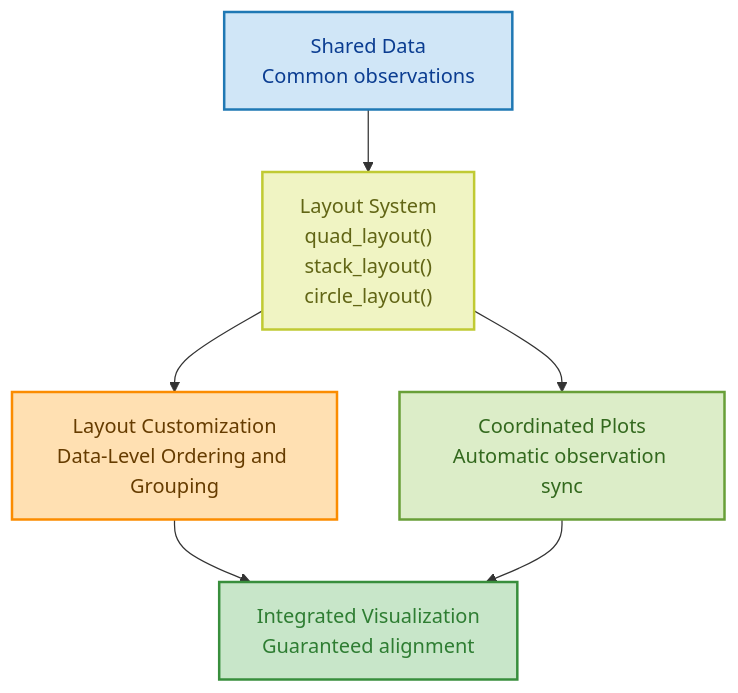
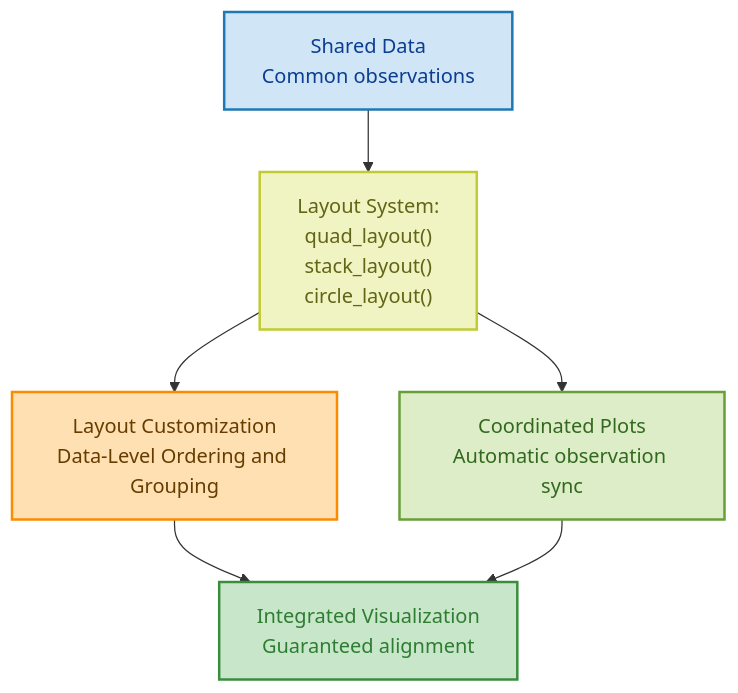
The second of 2 diagrams in introduction.qmd (Yunuuuu/ggalign-book), drawn with Mermaid before and after one commit.

Commit message:
refactor: better diagram style

````diff
--- a/introduction.qmd
+++ b/introduction.qmd
@@ -84,20 +84,20 @@
 ```{mermaid}
 graph TB
     SHARED["Shared Data<br/>Common observations"]
-    LAYOUT["Layout System<br/>quad_layout()<br/>stack_layout()<br/>circle_layout()"]
+    LAYOUT["Layout System:<br/>quad_layout()<br/>stack_layout()<br/>circle_layout()"]
     ALIGN["Layout Customization<br/>Data-Level Ordering and Grouping"]
     PLOTS["Coordinated Plots<br/>Automatic observation sync"]
     OUTPUT2["Integrated Visualization<br/>Guaranteed alignment"]
     
     SHARED --> LAYOUT
     LAYOUT --> ALIGN
     LAYOUT --> PLOTS
     ALIGN --> OUTPUT2
     PLOTS --> OUTPUT2
 
     style SHARED fill:#d0e6f7,stroke:#1f78b4,stroke-width:2px,color:#0b3d91
     style LAYOUT fill:#f0f4c3,stroke:#c0ca33,stroke-width:2px,color:#616515
     style ALIGN fill:#ffe0b2,stroke:#fb8c00,stroke-width:2px,color:#663c00
     style PLOTS fill:#dcedc8,stroke:#689f38,stroke-width:2px,color:#33691e
     style OUTPUT2 fill:#c8e6c9,stroke:#388e3c,stroke-width:2px,color:#2e7d32
 ```
````
